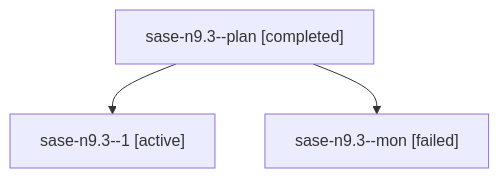
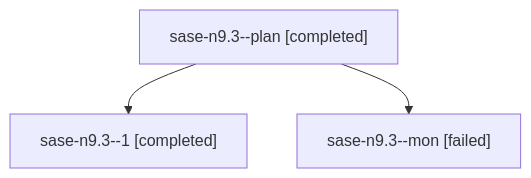
Before and after one commit to sase-org/sase--agents: the diagram in families/bbugyi200.athena.sase-n9.3.md, drawn with Mermaid. The commit also changed other lines of this file and 44 other files, not shown here.

````diff
--- a/families/bbugyi200.athena.sase-n9.3.md
+++ b/families/bbugyi200.athena.sase-n9.3.md
@@ -9,8 +9,8 @@
 ```mermaid
 flowchart TD
   n0["sase-n9.3--plan [completed]"]
-  n1["sase-n9.3--1 [active]"]
+  n1["sase-n9.3--1 [completed]"]
   n0 --> n1
   n2["sase-n9.3--mon [failed]"]
   n0 --> n2
 ```
````
